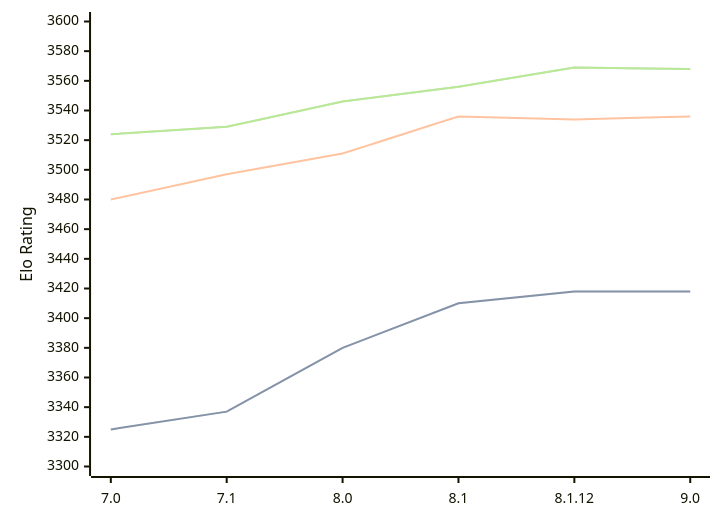
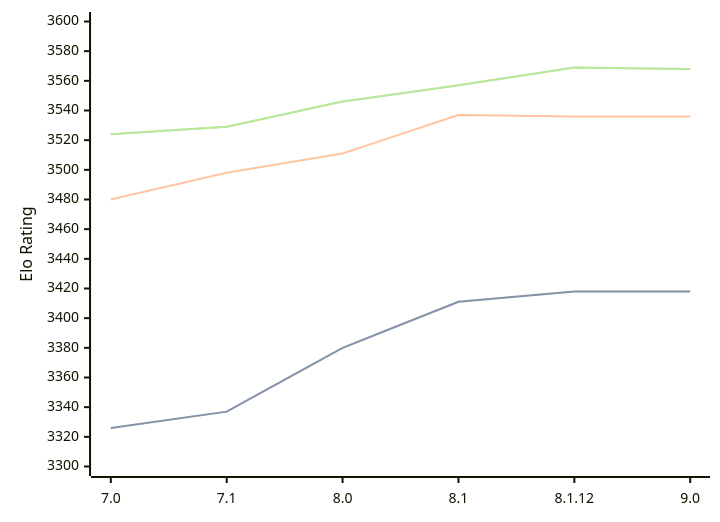
Before and after one commit to computer-chess-index/cci: the diagram in engines/Alexandria.md, drawn with Mermaid. The commit also changed other lines of this file, not shown here.

Commit message:
Update CCI Ratings (ELO VLTC) - 2026-08-10

````diff
--- a/engines/Alexandria.md
+++ b/engines/Alexandria.md
@@ -36,11 +36,11 @@
 ```mermaid
 %%{init: {"theme":"base","themeVariables":{"seriesColors:['#a3a3a3','#222221','#faa371']}}}%%
 xychart-beta
   x-axis ["7.0", "7.1", "8.0", "8.1", "8.1.12", "9.0"]
   y-axis "Elo Rating" 3300 --> 3600
-  line "STC (8.0+0.08s)" [3325, 3337, 3380, 3410, 3418, 3418]
-  line "STC (8.0+0.08s)" [3325, 3337, 3380, 3410, 3418, 3418]
-  line "LTC (60.0+0.60s)" [3480, 3497, 3511, 3536, 3534, 3536]
-  line "VLTC (2m24s+1.12s)" [3524, 3529, 3546, 3556, 3569, 3568]
-  line "VLTC (2m24s+1.12s)" [3524, 3529, 3546, 3556, 3569, 3568]
+  line "STC (8.0+0.08s)" [3326, 3337, 3380, 3411, 3418, 3418]
+  line "STC (8.0+0.08s)" [3326, 3337, 3380, 3411, 3418, 3418]
+  line "LTC (60.0+0.60s)" [3480, 3498, 3511, 3537, 3536, 3536]
+  line "VLTC (2m24s+1.12s)" [3524, 3529, 3546, 3557, 3569, 3568]
+  line "VLTC (2m24s+1.12s)" [3524, 3529, 3546, 3557, 3569, 3568]
 ```
````
